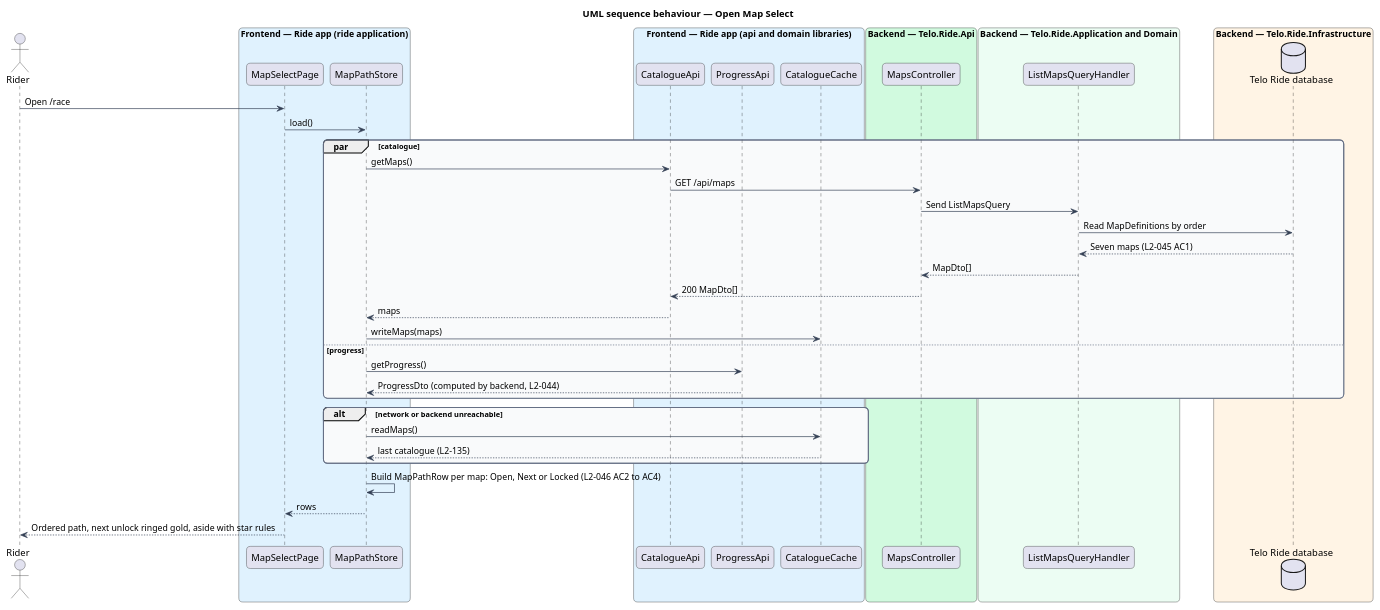
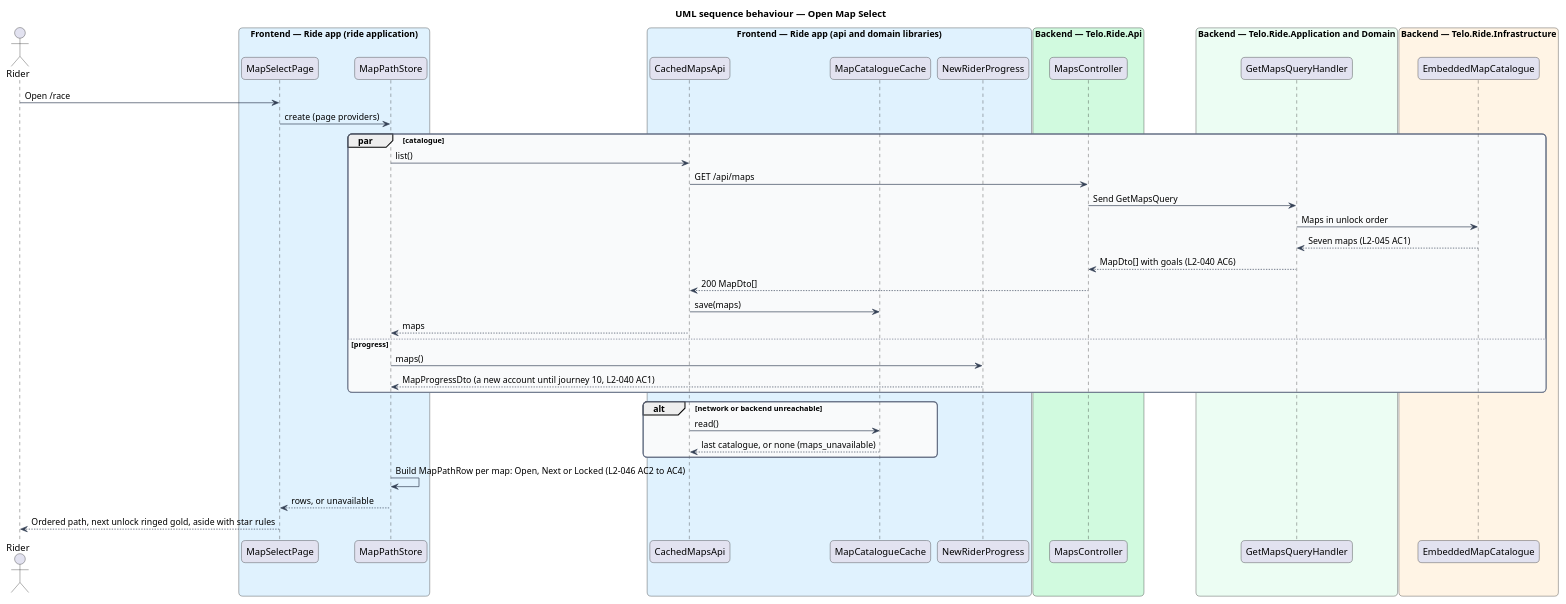
One commit to QuinntyneBrown/ride-one changed the diagram in docs/detailed-designs/race/browse-maps/diagrams/sequence-open-map-select.puml. Above: the diagram before and after it, drawn with PlantUML. The commit also changed 17 other files, not shown here.

```diff
--- a/docs/detailed-designs/race/browse-maps/diagrams/sequence-open-map-select.puml
+++ b/docs/detailed-designs/race/browse-maps/diagrams/sequence-open-map-select.puml
@@ -1,59 +1,59 @@
 @startuml
 title UML sequence behaviour — Open Map Select
 skinparam backgroundColor #FFFFFF
 skinparam shadowing false
 skinparam roundcorner 12
 skinparam defaultFontName Arial
 skinparam ArrowColor #344054
 skinparam rectangle {
   BorderColor #344054
   FontColor #101828
 }
 skinparam package {
   BorderColor #667085
   FontColor #101828
   BackgroundColor #F9FAFB
 }
 actor "Rider" as actor
 box "Frontend — Ride app (ride application)" #E0F2FE
   participant "MapSelectPage" as page
   participant "MapPathStore" as store
 end box
 box "Frontend — Ride app (api and domain libraries)" #E0F2FE
-  participant "CatalogueApi" as catapi
-  participant "ProgressApi" as progapi
-  participant "CatalogueCache" as cache
+  participant "CachedMapsApi" as mapsapi
+  participant "MapCatalogueCache" as cache
+  participant "NewRiderProgress" as progress
 end box
 box "Backend — Telo.Ride.Api" #D1FADF
   participant "MapsController" as ctrl
 end box
 box "Backend — Telo.Ride.Application and Domain" #ECFDF3
-  participant "ListMapsQueryHandler" as handler
+  participant "GetMapsQueryHandler" as handler
 end box
 box "Backend — Telo.Ride.Infrastructure" #FFF4E5
-  database "Telo Ride database" as db
+  participant "EmbeddedMapCatalogue" as file
 end box
 actor -> page : Open /race
-page -> store : load()
+page -> store : create (page providers)
 par catalogue
-  store -> catapi : getMaps()
-  catapi -> ctrl : GET /api/maps
-  ctrl -> handler : Send ListMapsQuery
-  handler -> db : Read MapDefinitions by order
-  db --> handler : Seven maps (L2-045 AC1)
-  handler --> ctrl : MapDto[]
-  ctrl --> catapi : 200 MapDto[]
-  catapi --> store : maps
-  store -> cache : writeMaps(maps)
+  store -> mapsapi : list()
+  mapsapi -> ctrl : GET /api/maps
+  ctrl -> handler : Send GetMapsQuery
+  handler -> file : Maps in unlock order
+  file --> handler : Seven maps (L2-045 AC1)
+  handler --> ctrl : MapDto[] with goals (L2-040 AC6)
+  ctrl --> mapsapi : 200 MapDto[]
+  mapsapi -> cache : save(maps)
+  mapsapi --> store : maps
 else progress
-  store -> progapi : getProgress()
-  progapi --> store : ProgressDto (computed by backend, L2-044)
+  store -> progress : maps()
+  progress --> store : MapProgressDto (a new account until journey 10, L2-040 AC1)
 end
 alt network or backend unreachable
-  store -> cache : readMaps()
-  cache --> store : last catalogue (L2-135)
+  mapsapi -> cache : read()
+  cache --> mapsapi : last catalogue, or none (maps_unavailable)
 end
 store -> store : Build MapPathRow per map: Open, Next or Locked (L2-046 AC2 to AC4)
-store --> page : rows
+store --> page : rows, or unavailable
 page --> actor : Ordered path, next unlock ringed gold, aside with star rules
 @enduml
```
